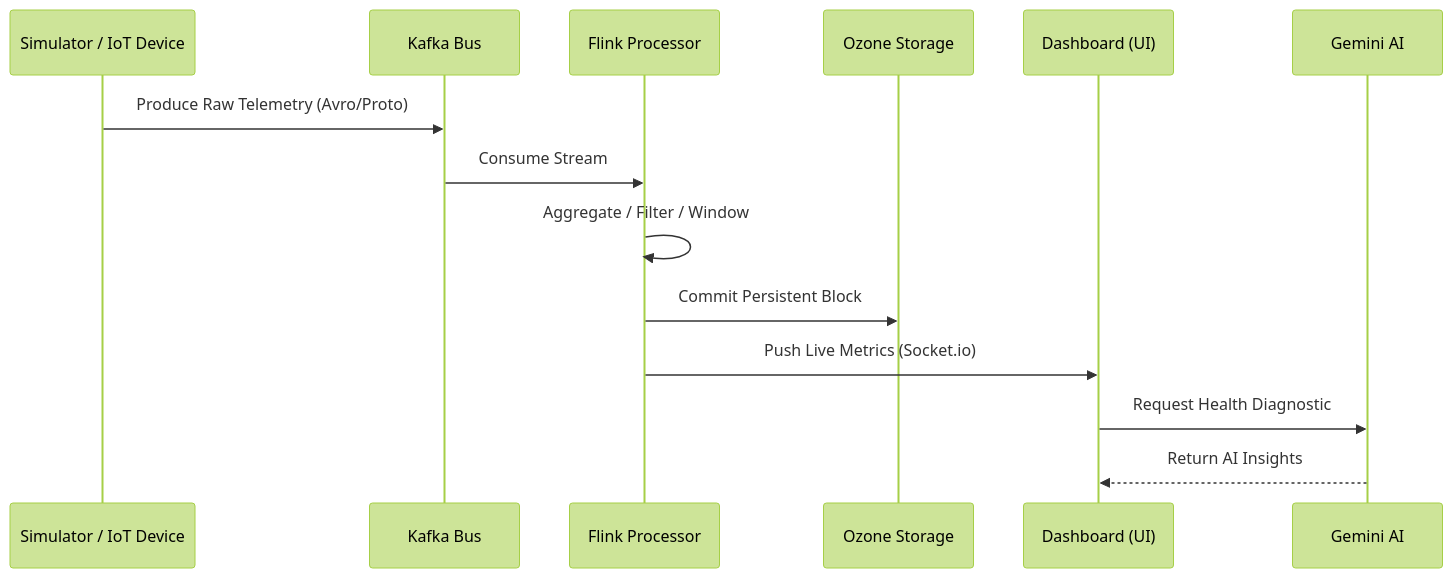
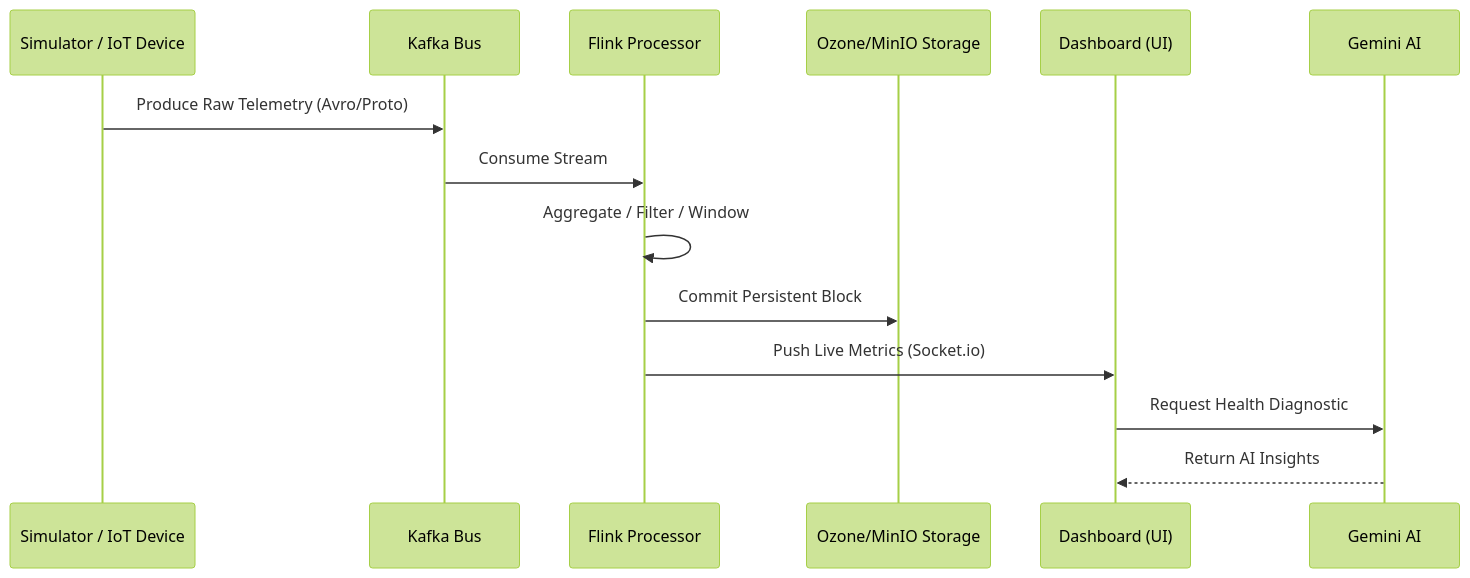
The diagram in README.md (msabetta/vortex-telemetry-hub), drawn with Mermaid (forest theme) before and after one commit. The commit also changed other lines of this file and 6 other files, not shown here.

````diff
--- a/README.md
+++ b/README.md
@@ -73,17 +62,17 @@
 ```mermaid
 sequenceDiagram
     participant S as Simulator / IoT Device
     participant K as Kafka Bus
     participant F as Flink Processor
-    participant O as Ozone Storage
+    participant O as Ozone/MinIO Storage
     participant D as Dashboard (UI)
     participant G as Gemini AI
 
     S->>K: Produce Raw Telemetry (Avro/Proto)
     K->>F: Consume Stream
     F->>F: Aggregate / Filter / Window
     F->>O: Commit Persistent Block
     F->>D: Push Live Metrics (Socket.io)
     D->>G: Request Health Diagnostic
     G-->>D: Return AI Insights
 ```
````
